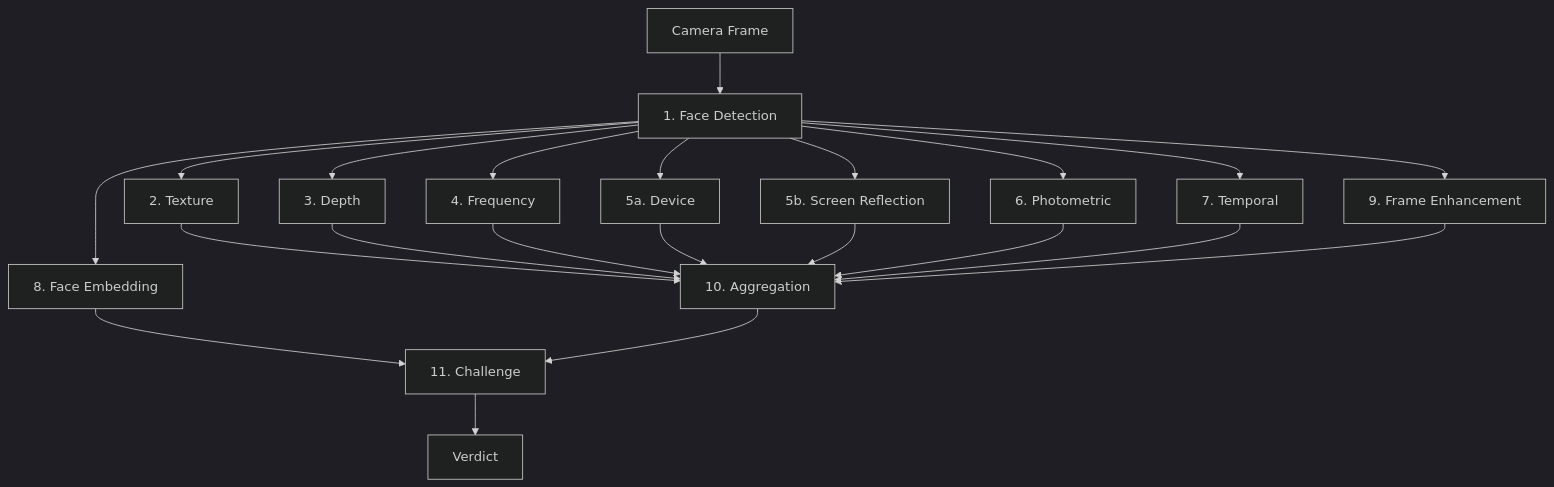
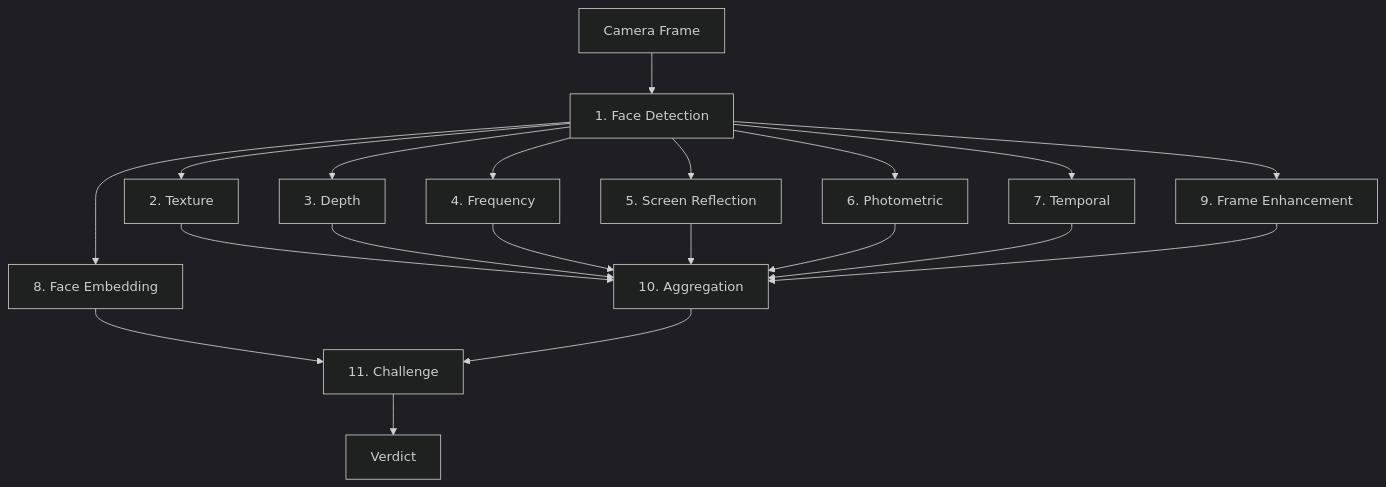
The first of 2 diagrams in README.md (iamjosephmj/OpenPAD), drawn with Mermaid (dark theme) before and after one commit. The commit also changed other lines of this file and 40 other files, not shown here.

````diff
--- a/README.md
+++ b/README.md
@@ -262,24 +260,22 @@
 ```mermaid
 flowchart TB
     CAM[Camera Frame] --> FD[1. Face Detection]
     FD --> TEX[2. Texture]
     FD --> DEP[3. Depth]
     FD --> FREQ[4. Frequency]
-    FD --> DEV[5a. Device]
-    FD --> SCR[5b. Screen Reflection]
+    FD --> SCR[5. Screen Reflection]
     FD --> PHOTO[6. Photometric]
     FD --> TEMP[7. Temporal]
     FD --> EMB[8. Face Embedding]
     FD --> ENH[9. Frame Enhancement]
     TEX --> AGG[10. Aggregation]
     DEP --> AGG
     FREQ --> AGG
-    DEV --> AGG
     SCR --> AGG
     PHOTO --> AGG
     TEMP --> AGG
     ENH --> AGG
     EMB --> CHAL[11. Challenge]
     AGG --> CHAL
     CHAL --> VERDICT[Verdict]
 ```
````
